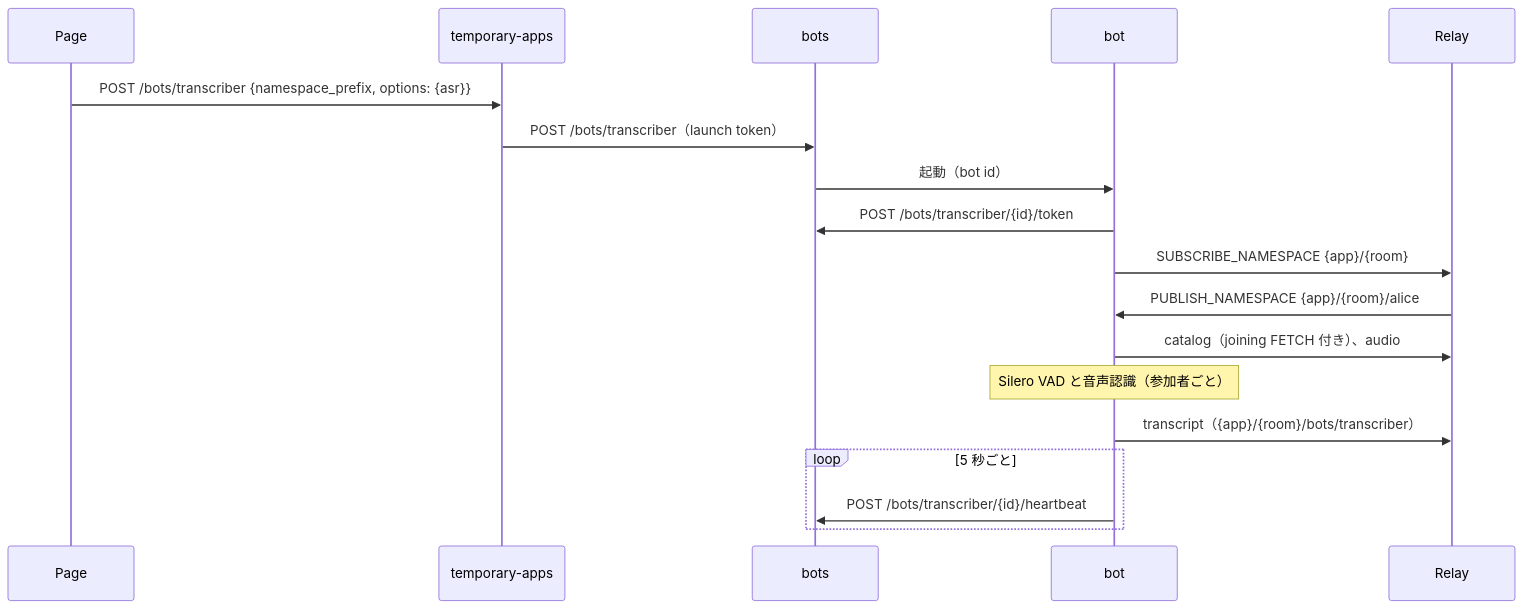
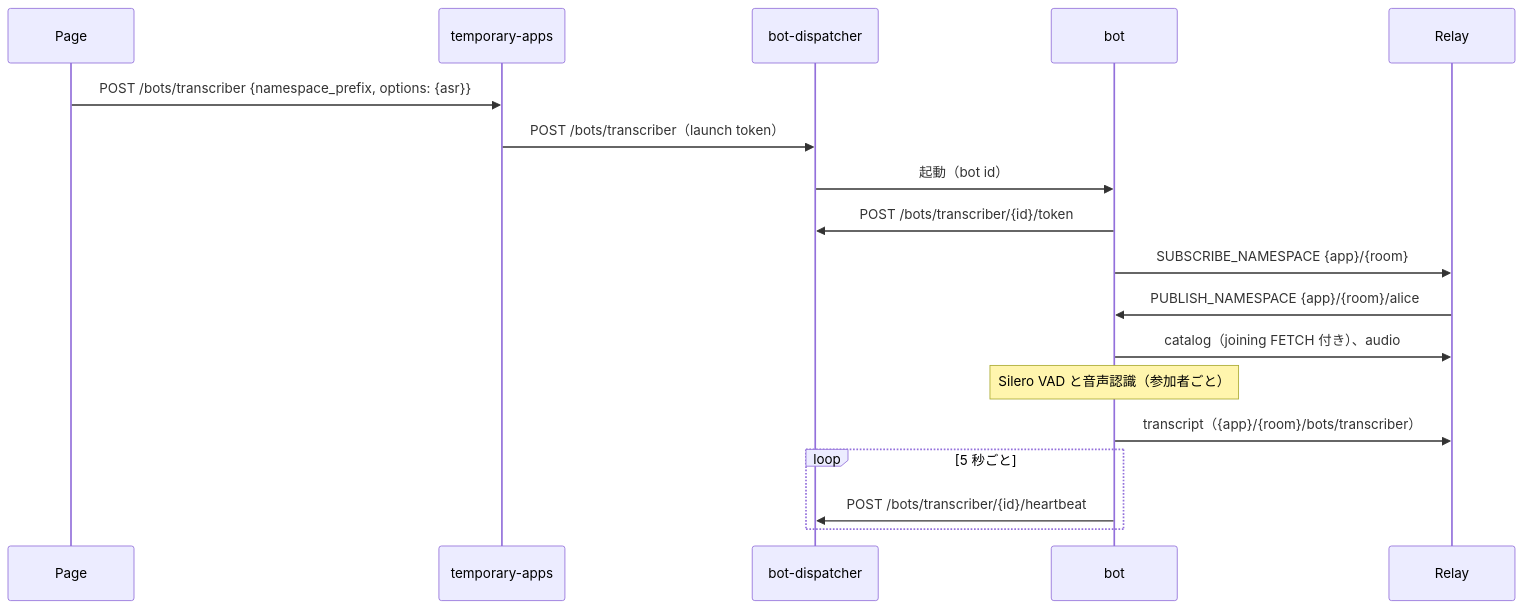
The diagram in examples/python/moq-meeting-transcriber/README.md (nttcom/moq-wasm), drawn with Mermaid before and after one commit. The commit also changed other lines of this file and 81 other files, not shown here.

First line of the commit message:
refactor(bot-dispatcher): rename the bots service to bot-dispatcher (#1809)

````diff
--- a/examples/python/moq-meeting-transcriber/README.md
+++ b/examples/python/moq-meeting-transcriber/README.md
@@ -17,20 +17,20 @@
 ```mermaid
 sequenceDiagram
     participant P as Page
     participant T as temporary-apps
-    participant S as bots
+    participant S as bot-dispatcher
     participant B as bot
     participant R as Relay
     P->>T: POST /bots/transcriber {namespace_prefix, options: {asr}}
     T->>S: POST /bots/transcriber（launch token）
     S->>B: 起動（bot id）
     B->>S: POST /bots/transcriber/{id}/token
     B->>R: SUBSCRIBE_NAMESPACE {app}/{room}
     R->>B: PUBLISH_NAMESPACE {app}/{room}/alice
     B->>R: catalog（joining FETCH 付き）、audio
     Note over B: Silero VAD と音声認識（参加者ごと）
     B->>R: transcript（{app}/{room}/bots/transcriber）
     loop 5 秒ごと
         B->>S: POST /bots/transcriber/{id}/heartbeat
     end
 ```
````
